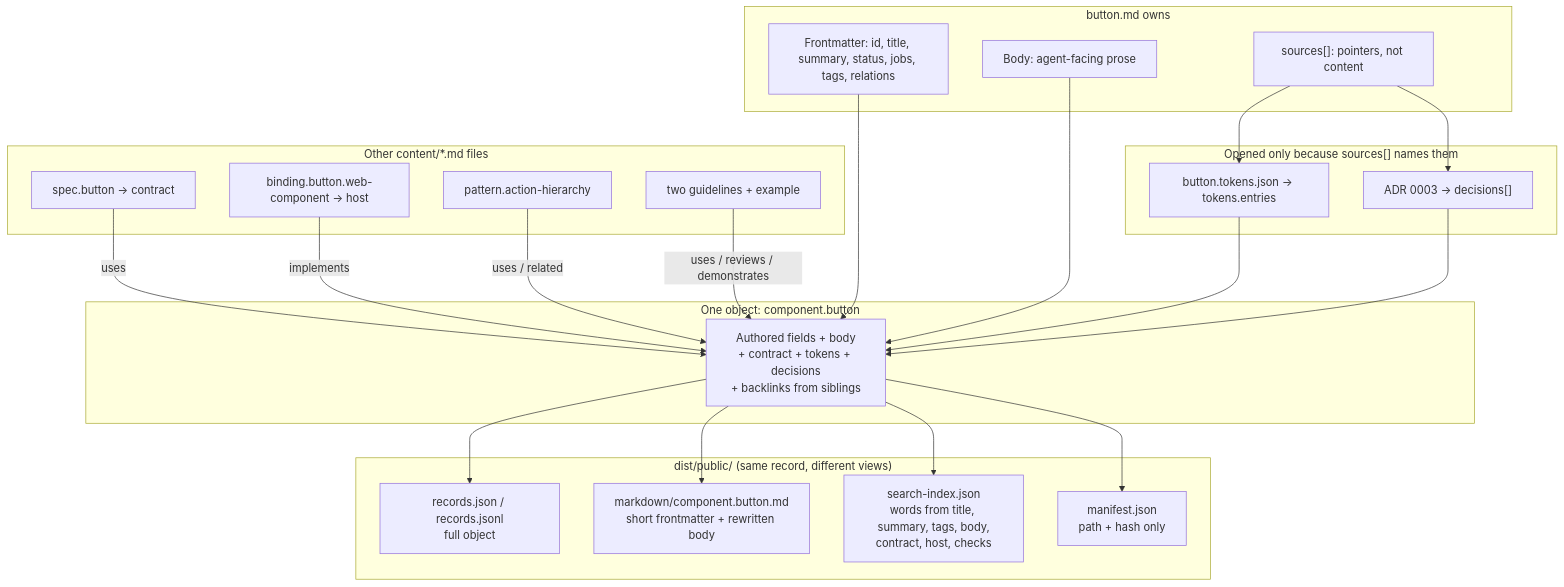
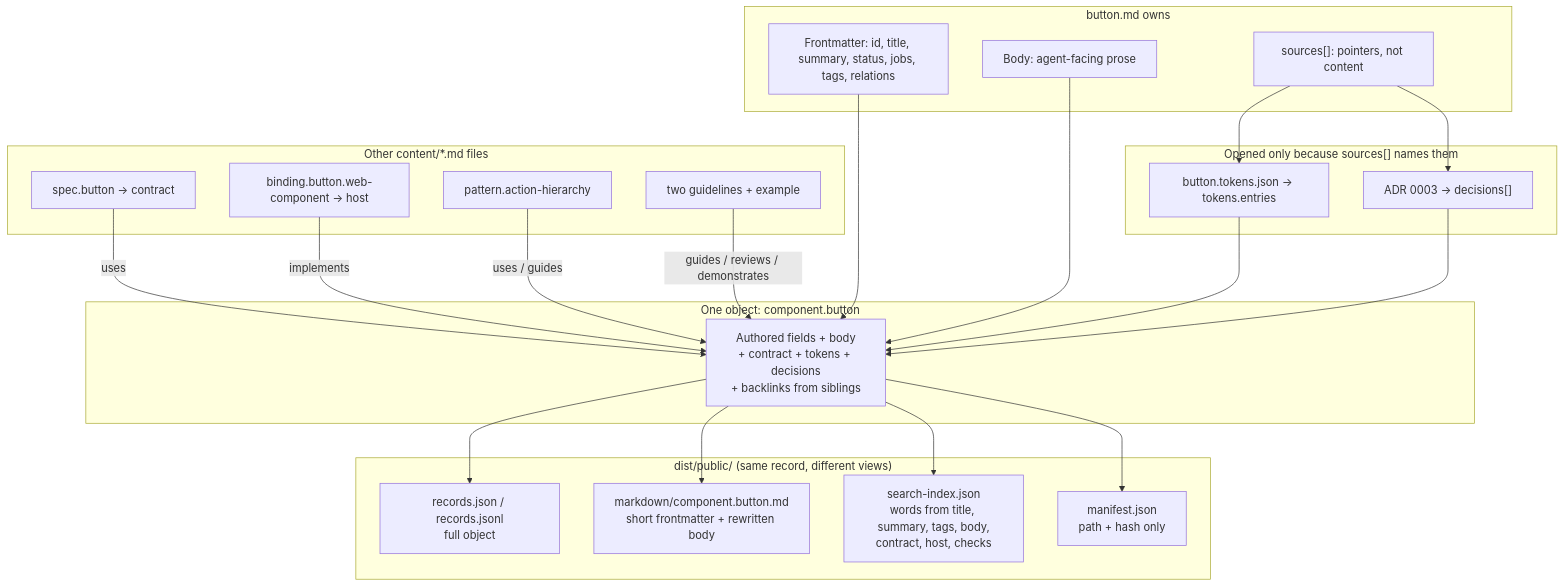
Before and after one commit to stevegreco/taproot: the diagram in docs/knowledge/README.md, drawn with Mermaid. The commit also changed other lines of this file and 6 other files, not shown here.

First line of the commit message:
feat(knowledge): use guides and reviews for Button guidance

````diff
--- a/docs/knowledge/README.md
+++ b/docs/knowledge/README.md
@@ -49,46 +49,46 @@
 ```mermaid
 flowchart TB
   subgraph authored["button.md owns"]
     FM["Frontmatter: id, title, summary, status, jobs, tags, relations"]
     BODY["Body: agent-facing prose"]
     SRC["sources[]: pointers, not content"]
   end
 
   subgraph domain["Opened only because sources[] names them"]
     TOK["button.tokens.json → tokens.entries"]
     ADR["ADR 0003 → decisions[]"]
   end
 
   subgraph siblings["Other content/*.md files"]
     SPEC["spec.button → contract"]
     BIND["binding.button.web-component → host"]
     PAT["pattern.action-hierarchy"]
     GL["two guidelines + example"]
   end
 
   subgraph record["One object: component.button"]
     R["Authored fields + body<br/>+ contract + tokens + decisions<br/>+ backlinks from siblings"]
   end
 
   subgraph dist["dist/public/  (same record, different views)"]
     JSON["records.json / records.jsonl<br/>full object"]
     MD["markdown/component.button.md<br/>short frontmatter + rewritten body"]
     IDX["search-index.json<br/>words from title, summary, tags, body,<br/>contract, host, checks"]
     MAN["manifest.json<br/>path + hash only"]
   end
 
   FM --> R
   BODY --> R
   SRC --> TOK
   SRC --> ADR
   SPEC -->|"uses"| R
   BIND -->|"implements"| R
   TOK --> R
   ADR --> R
-  PAT -->|"uses / related"| R
-  GL -->|"uses / reviews / demonstrates"| R
+  PAT -->|"uses / guides"| R
+  GL -->|"guides / reviews / demonstrates"| R
   R --> JSON
   R --> MD
   R --> IDX
   R --> MAN
 ```
````
